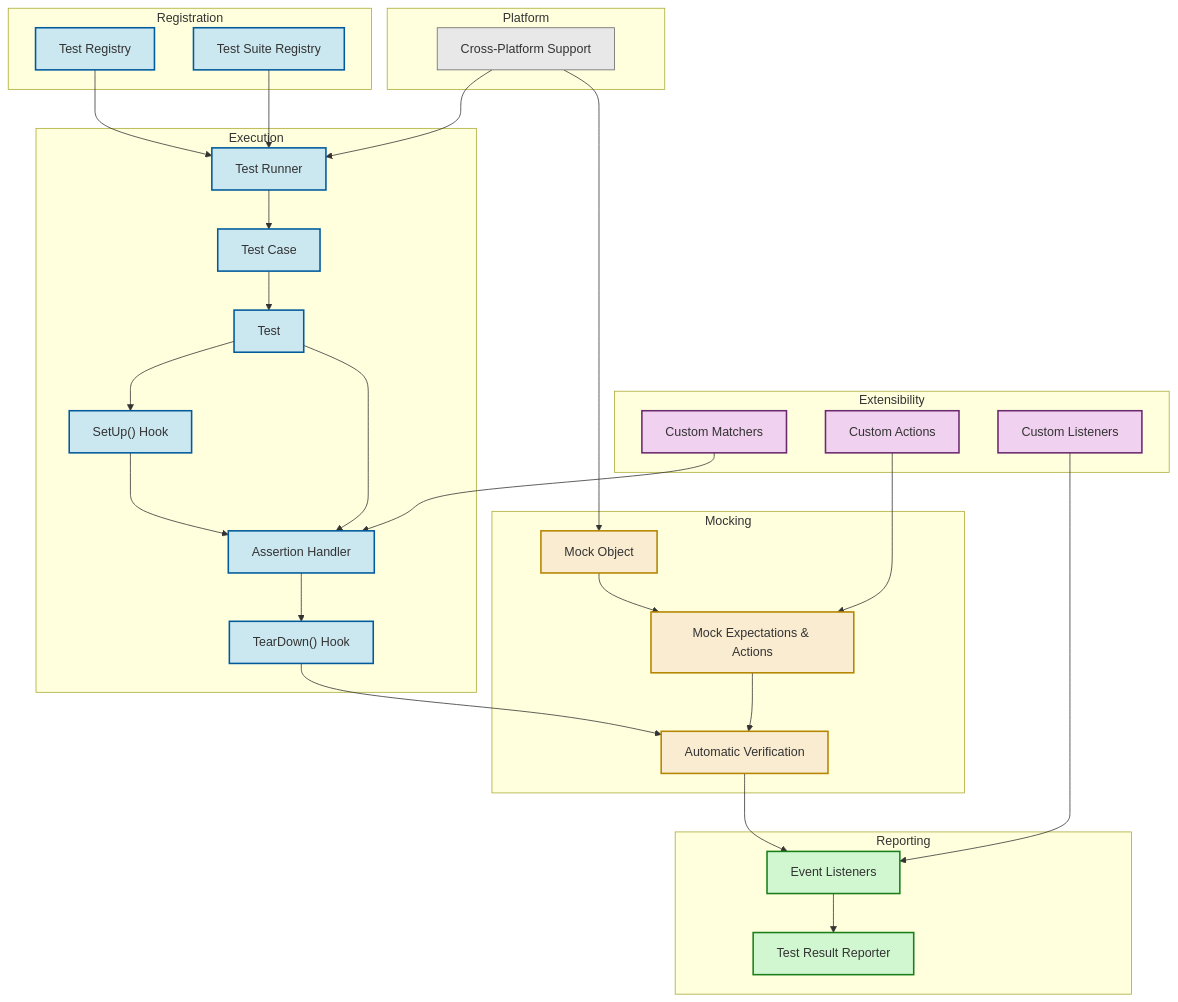
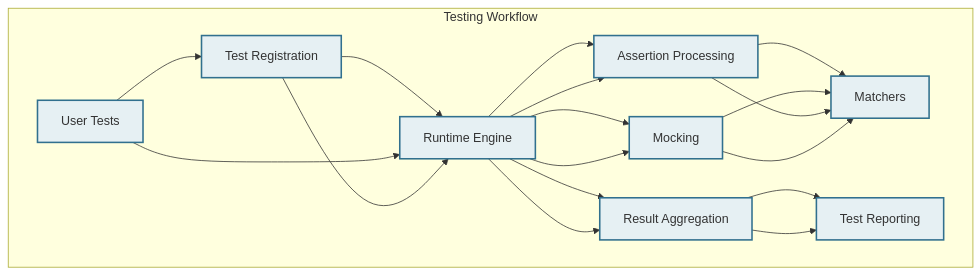
The diagram in overview/architecture-core-concepts/architecture-diagram.mdx (clidey/docucod-public-project-869ef7c3-7eff-4ad2-9765-2698303f14d7), drawn with Mermaid before and after one commit. The commit also changed other lines of this file and 62 other files, not shown here.

````diff
--- a/overview/architecture-core-concepts/architecture-diagram.mdx
+++ b/overview/architecture-core-concepts/architecture-diagram.mdx
@@ -51,83 +91,38 @@
 ```mermaid
 flowchart TD
 
-  subgraph Registration
-    TestRegistry["Test Registry"]
-    TestSuiteRegistry["Test Suite Registry"]
+  %% Test registration collects user test declarations
+  TestRegistration["Test Registration"] --> Runtime["Runtime Engine"]
+
+  %% Runtime orchestrates assertion processing and mocking
+  Runtime --> AssertionProcessing["Assertion Processing"]
+  Runtime --> Mocking["Mocking"]
+  Runtime --> ResultAggregation["Result Aggregation"]
+
+  %% Assertion processing uses matchers to evaluate test criteria
+  AssertionProcessing --> Matchers["Matchers"]
+
+  %% Mocks also use matchers to evaluate calls and expectations
+  Mocking --> Matchers
+
+  %% Test cases invoke runtime
+  UserTests["User Tests"] --> Runtime
+
+  %% Results collated and reported
+  ResultAggregation --> TestReporting["Test Reporting"]
+
+  %% Contextual grouping
+  subgraph "Testing Workflow"
+    UserTests --> TestRegistration --> Runtime
+    Runtime --> AssertionProcessing
+    Runtime --> Mocking
+    AssertionProcessing --> Matchers
+    Mocking --> Matchers
+    Runtime --> ResultAggregation --> TestReporting
   end
 
-  subgraph Execution
-    TestRunner["Test Runner"]
-    TestCase["Test Case"]
-    Test["Test"]
-    Setup["SetUp() Hook"]
-    TearDown["TearDown() Hook"]
-    AssertionHandler["Assertion Handler"]
-  end
+  %% Styling
+  classDef component fill:#E6F0F3,stroke:#31708E,stroke-width:2px;
+  class TestRegistration,Runtime,AssertionProcessing,Mocking,ResultAggregation,Matchers,UserTests,TestReporting component;
 
-  subgraph Mocking
-    MockObject["Mock Object"]
-    MockExpectation["Mock Expectations & Actions"]
-    MockVerifier["Automatic Verification"]
-  end
-
-  subgraph Reporting
-    EventListeners["Event Listeners"]
-    ResultReporter["Test Result Reporter"]
-  end
-
-  subgraph Extensibility
-    CustomMatchers["Custom Matchers"]
-    CustomActions["Custom Actions"]
-    CustomListeners["Custom Listeners"]
-  end
-
-  subgraph Platform
-    CrossPlatform["Cross-Platform Support"]
-  end
-
-  %% Flow connections
-  TestRegistry --> TestRunner
-  TestSuiteRegistry --> TestRunner
-
-  TestRunner --> TestCase
-  TestCase --> Test
-  Test --> Setup
-  Setup --> AssertionHandler
-  Test --> AssertionHandler
-  AssertionHandler --> TearDown
-  TearDown --> MockVerifier
-  MockVerifier --> EventListeners
-  EventListeners --> ResultReporter
-
-  MockObject --> MockExpectation
-  MockExpectation --> MockVerifier
-
-  CustomMatchers --> AssertionHandler
-  CustomActions --> MockExpectation
-  CustomListeners --> EventListeners
-
-  CrossPlatform --> TestRunner
-  CrossPlatform --> MockObject
-
-  %% Styling
-  classDef core fill:#cbe7f0,stroke:#005a9c,stroke-width:2px
-  class TestRegistry,TestSuiteRegistry,TestRunner,TestCase,Test,Setup,TearDown,AssertionHandler core
-
-  classDef mock fill:#f9ecd1,stroke:#b58600,stroke-width:2px
-  class MockObject,MockExpectation,MockVerifier mock
-
-  classDef report fill:#d1f7d1,stroke:#1a7f1a,stroke-width:2px
-  class EventListeners,ResultReporter report
-
-  classDef ext fill:#f0d1ef,stroke:#6b2a6f,stroke-width:2px
-  class CustomMatchers,CustomActions,CustomListeners ext
-
-  classDef platform fill:#e8e8e8,stroke:#666666,stroke-width:1px
-  class CrossPlatform platform
-
-  %% Notes:
-  %% TestRunner orchestrates the whole flow.
-  %% MockVerifier performs verification of expectations after test execution.
-  %% Customization hooks feed into assertions, mocks, and listeners.
 ```
````
